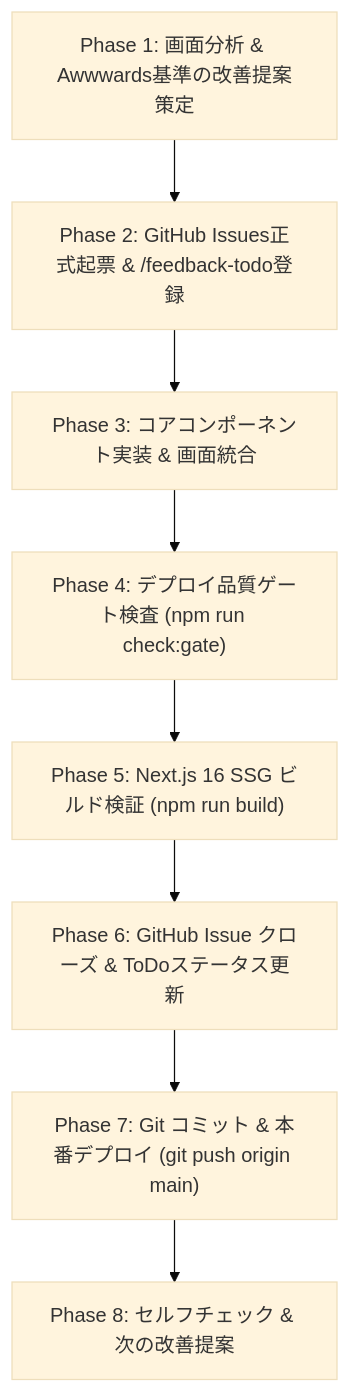
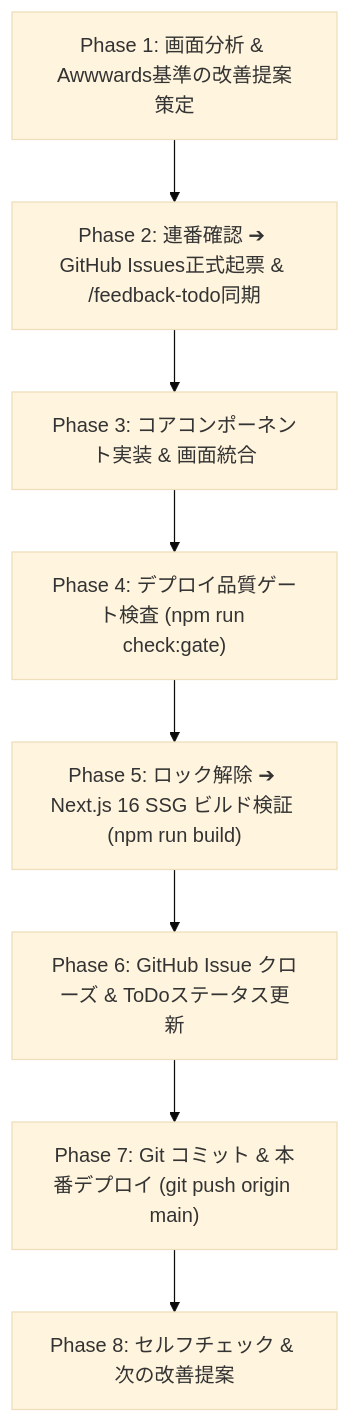
One commit to kanta13jp1/ai-park changed the diagram in .agents/skills/awards-driven-quality-cycle/SKILL.md. Above: the diagram before and after it, drawn with Mermaid (base theme). The commit also changed other lines of this file, not shown here.

````diff
--- a/.agents/skills/awards-driven-quality-cycle/SKILL.md
+++ b/.agents/skills/awards-driven-quality-cycle/SKILL.md
@@ -40,10 +41,10 @@
 ```mermaid
 flowchart TD
-    S1["Phase 1: 画面分析 & Awwwards基準の改善提案策定"] --> S2["Phase 2: GitHub Issues正式起票 & /feedback-todo登録"]
+    S1["Phase 1: 画面分析 & Awwwards基準の改善提案策定"] --> S2["Phase 2: 連番確認 ➔ GitHub Issues正式起票 & /feedback-todo同期"]
     S2 --> S3["Phase 3: コアコンポーネント実装 & 画面統合"]
     S3 --> S4["Phase 4: デプロイ品質ゲート検査 (npm run check:gate)"]
-    S4 --> S5["Phase 5: Next.js 16 SSG ビルド検証 (npm run build)"]
+    S4 --> S5["Phase 5: ロック解除 ➔ Next.js 16 SSG ビルド検証 (npm run build)"]
     S5 --> S6["Phase 6: GitHub Issue クローズ & ToDoステータス更新"]
     S6 --> S7["Phase 7: Git コミット & 本番デプロイ (git push origin main)"]
     S7 --> S8["Phase 8: セルフチェック & 次の改善提案"]
 ```
````
